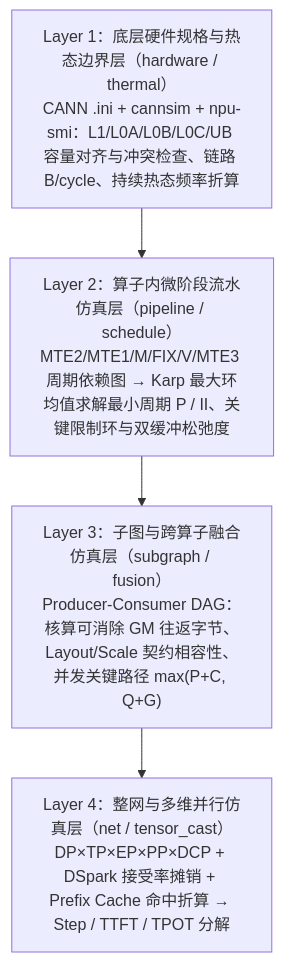
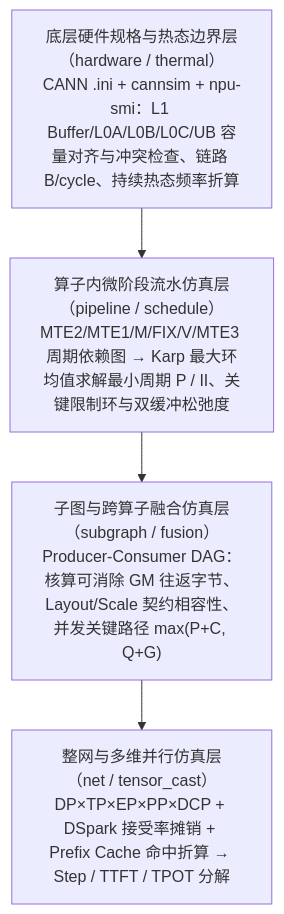
The second of 4 diagrams in docs/simulation-system.md (mindie-agent/mindie-agent), drawn with Mermaid before and after one commit. The commit also changed other lines of this file and 10 other files, not shown here.

Commit message:
docs: sync repository ecosystem list, architecture diagrams, and docs index

````diff
--- a/docs/simulation-system.md
+++ b/docs/simulation-system.md
@@ -48,9 +48,9 @@
 ```mermaid
 flowchart TB
-    L4["Layer 4：整网与多维并行仿真层（net / tensor_cast）<br/>DP×TP×EP×PP×DCP + DSpark 接受率摊销 + Prefix Cache 命中折算 → Step / TTFT / TPOT 分解"]
-    L3["Layer 3：子图与跨算子融合仿真层（subgraph / fusion）<br/>Producer-Consumer DAG：核算可消除 GM 往返字节、Layout/Scale 契约相容性、并发关键路径 max(P+C, Q+G)"]
-    L2["Layer 2：算子内微阶段流水仿真层（pipeline / schedule）<br/>MTE2/MTE1/M/FIX/V/MTE3 周期依赖图 → Karp 最大环均值求解最小周期 P / II、关键限制环与双缓冲松弛度"]
-    L1["Layer 1：底层硬件规格与热态边界层（hardware / thermal）<br/>CANN .ini + cannsim + npu-smi：L1/L0A/L0B/L0C/UB 容量对齐与冲突检查、链路 B/cycle、持续热态频率折算"]
+    S_NET["整网与多维并行仿真层（net / tensor_cast）<br/>DP×TP×EP×PP×DCP + DSpark 接受率摊销 + Prefix Cache 命中折算 → Step / TTFT / TPOT 分解"]
+    S_SUB["子图与跨算子融合仿真层（subgraph / fusion）<br/>Producer-Consumer DAG：核算可消除 GM 往返字节、Layout/Scale 契约相容性、并发关键路径 max(P+C, Q+G)"]
+    S_PIPE["算子内微阶段流水仿真层（pipeline / schedule）<br/>MTE2/MTE1/M/FIX/V/MTE3 周期依赖图 → Karp 最大环均值求解最小周期 P / II、关键限制环与双缓冲松弛度"]
+    S_HW["底层硬件规格与热态边界层（hardware / thermal）<br/>CANN .ini + cannsim + npu-smi：L1 Buffer/L0A/L0B/L0C/UB 容量对齐与冲突检查、链路 B/cycle、持续热态频率折算"]
 
-    L1 --> L2 --> L3 --> L4
+    S_HW --> S_PIPE --> S_SUB --> S_NET
 ```
````
